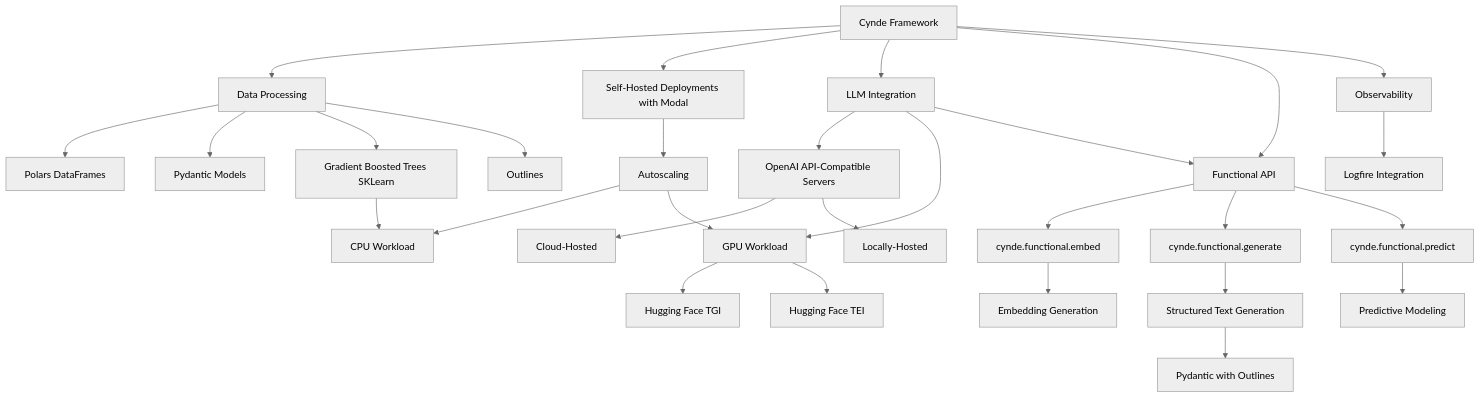
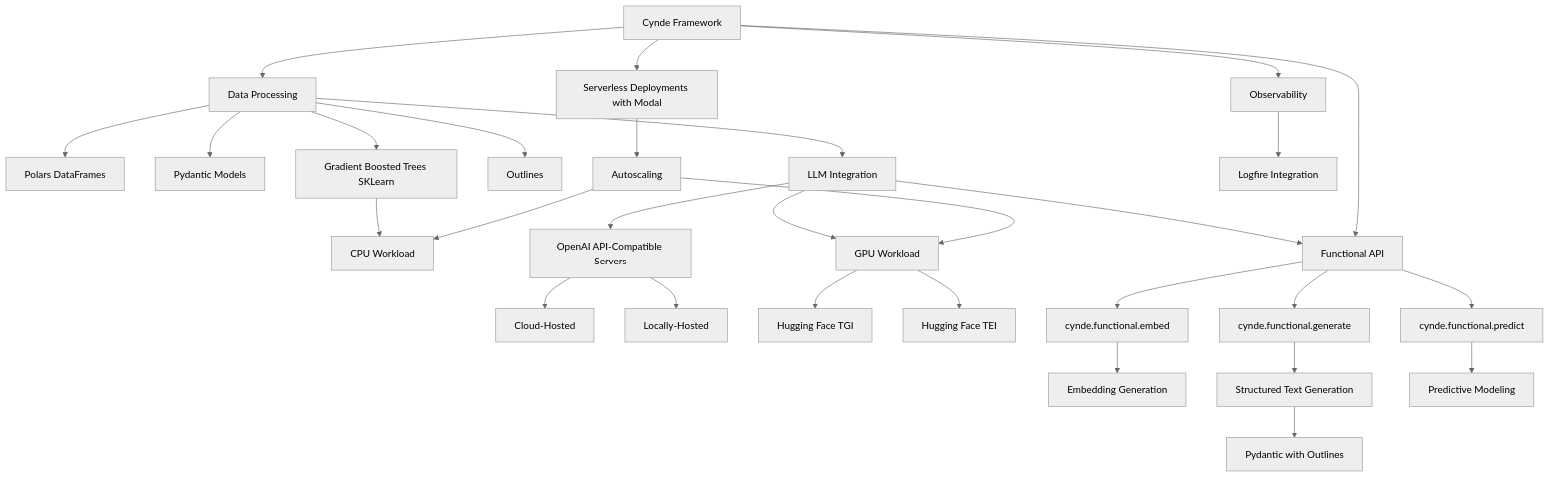
One commit to Neural-Dragon-AI/Cynde changed the diagram in drawings.md. Above: the diagram before and after it, drawn with Mermaid (neutral theme).

````diff
--- a/drawings.md
+++ b/drawings.md
@@ -3,36 +3,36 @@
 ```mermaid
 graph TD
     A[Cynde Framework] --> B[Data Processing]
     B --> C[Polars DataFrames]
     B --> D[Pydantic Models]
     B --> E[Gradient Boosted Trees SKLearn]
     B --> Ot[Outlines]
-    A --> P[Self-Hosted Deployments with Modal]
+    A --> P[Serverless Deployments with Modal]
 
     P --> F[Autoscaling]
     F --> G[CPU Workload]
     E --> G
     F --> M[GPU Workload]
 
-    A --> H[LLM Integration]
+    B --> H[LLM Integration]
     H --> I[OpenAI API-Compatible Servers]
     I --> J[Cloud-Hosted]
     I --> K[Locally-Hosted]
     H --> M
     M --> N[Hugging Face TGI]
    
     M --> O[Hugging Face TEI]
 
     A --> Q[Functional API]
     Q --> R[cynde.functional.embed]
     R --> S[Embedding Generation]
     Q --> T[cynde.functional.generate]
     H --> Q
     T --> U[Structured Text Generation]
     U --> V[Pydantic with Outlines]
     Q --> W[cynde.functional.predict]
     W --> X[Predictive Modeling]
 
     A --> Y[Observability]
     Y --> Z[Logfire Integration]
 ```
````
